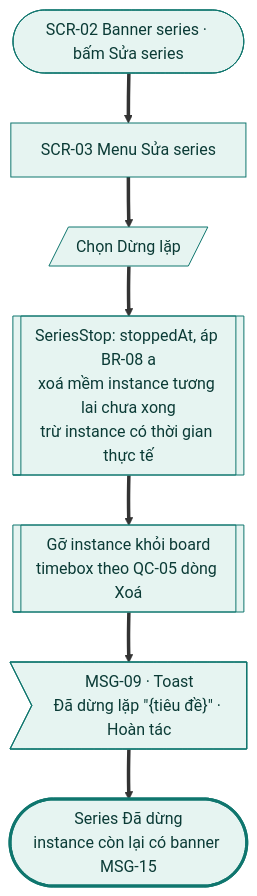
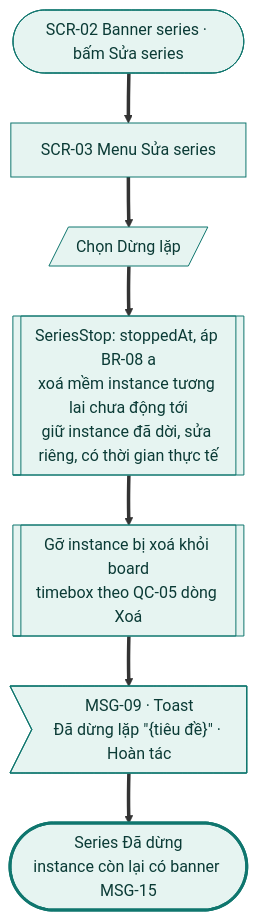
Diagram 12 of 19 in docs/design-brief/flow/g03-task-lap-lai.md (tannguyenho/personal-app), drawn with Mermaid before and after one commit. The commit also changed other lines of this file and 5 other files, not shown here.

First line of the commit message:
docs(G03, G06): áp quyết định PO 09/11 vào SRS, PRD, flow

````diff
--- a/docs/design-brief/flow/g03-task-lap-lai.md
+++ b/docs/design-brief/flow/g03-task-lap-lai.md
@@ -497,24 +507,24 @@
 ```mermaid
 flowchart TD
   start(["SCR-02 Banner series · bấm Sửa series"])
   s1["SCR-03 Menu Sửa series"]
   u1[/"Chọn Dừng lặp"/]
-  p1[["SeriesStop: stoppedAt, áp BR-08 a<br/>xoá mềm instance tương lai chưa xong<br/>trừ instance có thời gian thực tế"]]
-  p2[["Gỡ instance khỏi board<br/>timebox theo QC-05 dòng Xoá"]]
+  p1[["SeriesStop: stoppedAt, áp BR-08 a<br/>xoá mềm instance tương lai chưa động tới<br/>giữ instance đã dời, sửa riêng, có thời gian thực tế"]]
+  p2[["Gỡ instance bị xoá khỏi board<br/>timebox theo QC-05 dòng Xoá"]]
   m1>"MSG-09 · Toast<br/>Đã dừng lặp #quot;{tiêu đề}#quot; · Hoàn tác"]
   ok(["Series Đã dừng<br/>instance còn lại có banner MSG-15"])
 
   start ==> s1 ==> u1 ==> p1 ==> p2 ==> m1 ==> ok
 
   class start,s1,u1,p1,p2,m1 happy
   class ok done
   classDef happy fill:#E6F4F1,stroke:#0F766E,color:#0B3B36
   classDef alt fill:#F1F3F5,stroke:#6B7280,color:#1F2937
   classDef err fill:#FDECEC,stroke:#B42318,color:#5C1010
   classDef warn fill:#FEF4E2,stroke:#B45309,color:#4A2604
   classDef ai fill:#F1ECFD,stroke:#6D28D9,color:#2E1065
   classDef sync fill:#FFFFFF,stroke:#6B7280,stroke-dasharray:4 3,color:#1F2937
   classDef link fill:#FFFFFF,stroke:#0F766E,stroke-dasharray:4 3,color:#0B3B36
   classDef done fill:#E6F4F1,stroke:#0F766E,stroke-width:3px,color:#0B3B36
   classDef fail fill:#FDECEC,stroke:#B42318,stroke-width:3px,color:#5C1010
 ```
````
